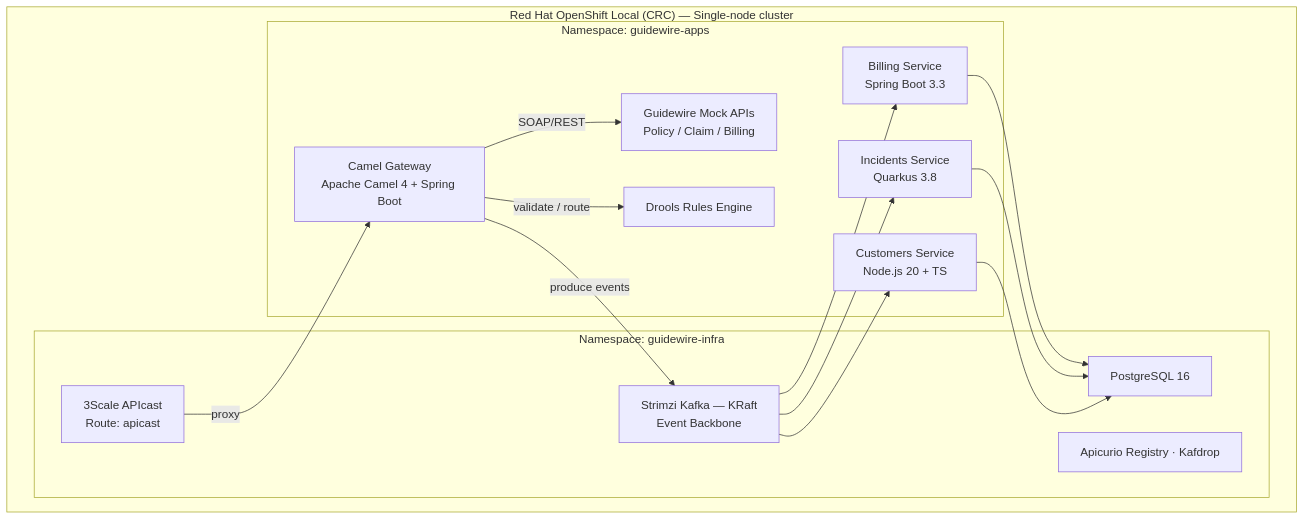
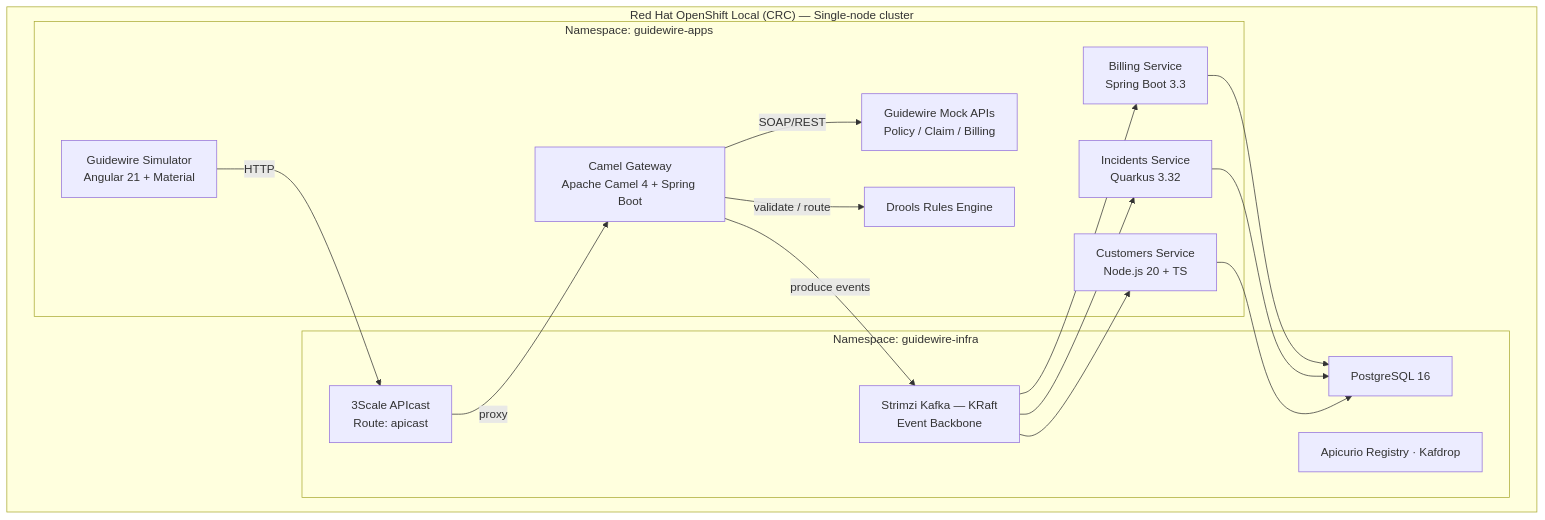
The first of 3 diagrams in openspecs/README.md (monghithub/guidewire), drawn with Mermaid before and after one commit. The commit also changed other lines of this file and 86 other files, not shown here.

First line of the commit message:
feat: add guidewire-simulator Angular frontend, architecture infographic, and update all docs

````diff
--- a/openspecs/README.md
+++ b/openspecs/README.md
@@ -24,31 +24,33 @@
 ```mermaid
 graph TD
     subgraph CRC["Red Hat OpenShift Local (CRC) — Single-node cluster"]
         subgraph infra["Namespace: guidewire-infra"]
             threescale["3Scale APIcast<br/>Route: apicast"]
             kafka["Strimzi Kafka — KRaft<br/>Event Backbone"]
             pg["PostgreSQL 16"]
             support["Apicurio Registry · Kafdrop"]
         end
 
         subgraph apps["Namespace: guidewire-apps"]
             camel["Camel Gateway<br/>Apache Camel 4 + Spring Boot"]
             gwmock["Guidewire Mock APIs<br/>Policy / Claim / Billing"]
             drools["Drools Rules Engine"]
             billing["Billing Service<br/>Spring Boot 3.3"]
-            incidents["Incidents Service<br/>Quarkus 3.8"]
+            incidents["Incidents Service<br/>Quarkus 3.32"]
             customers["Customers Service<br/>Node.js 20 + TS"]
+            simulator["Guidewire Simulator<br/>Angular 21 + Material"]
         end
 
+        simulator -->|HTTP| threescale
         threescale -->|proxy| camel
         camel -->|SOAP/REST| gwmock
         camel -->|validate / route| drools
         camel -->|produce events| kafka
         kafka --> billing
         kafka --> incidents
         kafka --> customers
         billing --> pg
         incidents --> pg
         customers --> pg
     end
 ```
````
